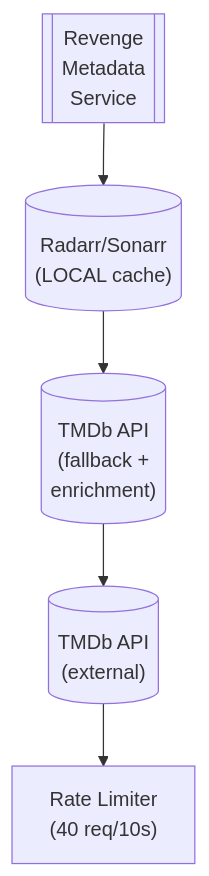
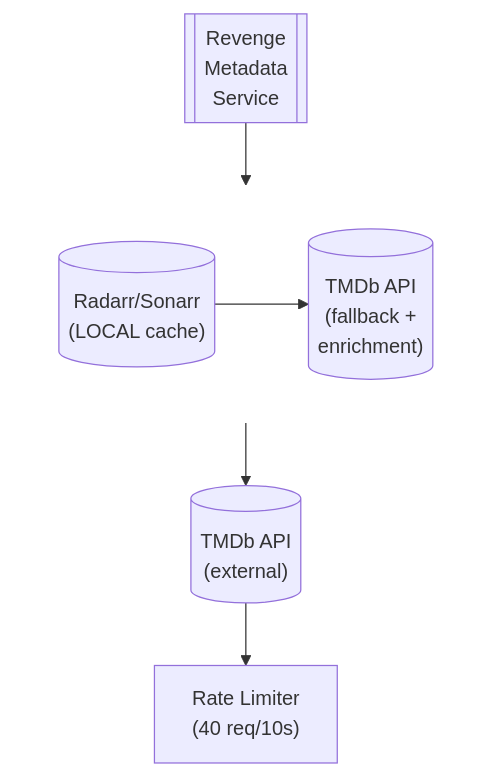
One commit to lusoris/revenge changed the diagram in docs/dev/design/integrations/metadata/video/TMDB.md. Above: the diagram before and after it, drawn with Mermaid. The commit also changed 210 other files, not shown here.

First line of the commit message:
feat(docs): Add horizontal layout support for Mermaid diagrams

````diff
--- a/docs/dev/design/integrations/metadata/video/TMDB.md
+++ b/docs/dev/design/integrations/metadata/video/TMDB.md
@@ -60,12 +60,18 @@
 ```mermaid
 flowchart TD
     node1[["Revenge<br/>Metadata<br/>Service"]]
-    node2[("Radarr/Sonarr<br/>(LOCAL cache)")]
-    node3[("TMDb API<br/>(fallback +<br/>enrichment)")]
+    subgraph row1[ ]
+        direction LR
+        node2[("Radarr/Sonarr<br/>(LOCAL cache)")]
+        node3[("TMDb API<br/>(fallback +<br/>enrichment)")]
+    end
     node4[("TMDb API<br/>(external)")]
     node5["Rate Limiter<br/>(40 req/10s)"]
     node2 --> node3
     node1 --> node2
     node3 --> node4
     node4 --> node5
+
+    %% Hide row subgraph borders
+    style row1 fill:transparent,stroke:transparent
 ```
````
